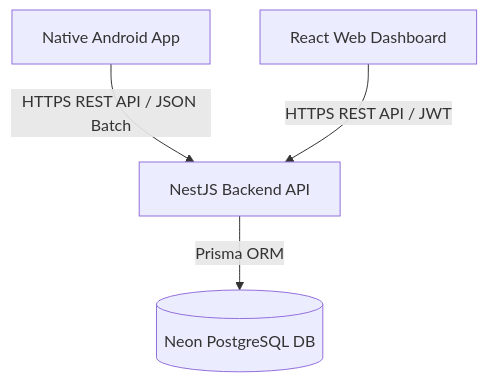
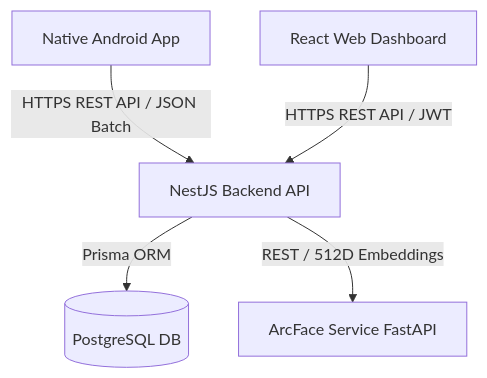
Before and after one commit to rameshchavan07/epm-tracker: the diagram in mind.md, drawn with Mermaid. The commit also changed other lines of this file and 3 other files, not shown here.

Commit message:
feat: integrate ArcFace facial recognition microservice, add CameraX support, and update system architecture documentation.

````diff
--- a/mind.md
+++ b/mind.md
@@ -10,6 +10,7 @@
 ```mermaid
 graph TD
     A[Native Android App] -->|HTTPS REST API / JSON Batch| B[NestJS Backend API]
     C[React Web Dashboard] -->|HTTPS REST API / JWT| B
-    B -->|Prisma ORM| D[(Neon PostgreSQL DB)]
+    B -->|Prisma ORM| D[(PostgreSQL DB)]
+    B -->|REST / 512D Embeddings| E[ArcFace Service FastAPI]
 ```
````
